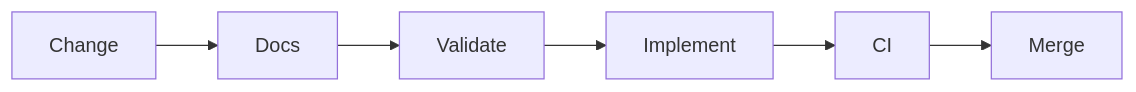
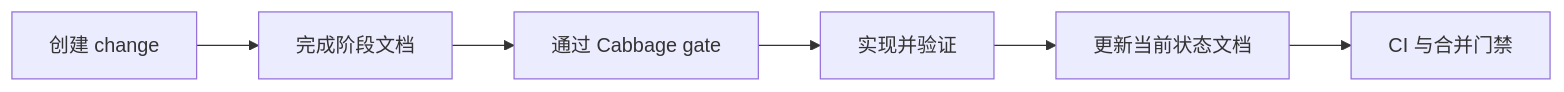
The diagram in cabbage_cli/assets/docs-site/README.md (devcxl/cabbage), drawn with Mermaid before and after one commit. The commit also changed other lines of this file and 20 other files, not shown here.

Commit message:
feat(docs): upgrade from VuePress to VitePress with modern theme and Mermaid support

````diff
--- a/cabbage_cli/assets/docs-site/README.md
+++ b/cabbage_cli/assets/docs-site/README.md
@@ -5,8 +27,8 @@
 ```mermaid
 flowchart LR
-    Change --> Docs
-    Docs --> Validate
-    Validate --> Implement
-    Implement --> CI
-    CI --> Merge
+    Change[创建 change] --> Artifacts[完成阶段文档]
+    Artifacts --> Gate[通过 Cabbage gate]
+    Gate --> Implement[实现并验证]
+    Implement --> Current[更新当前状态文档]
+    Current --> CI[CI 与合并门禁]
 ```
````
